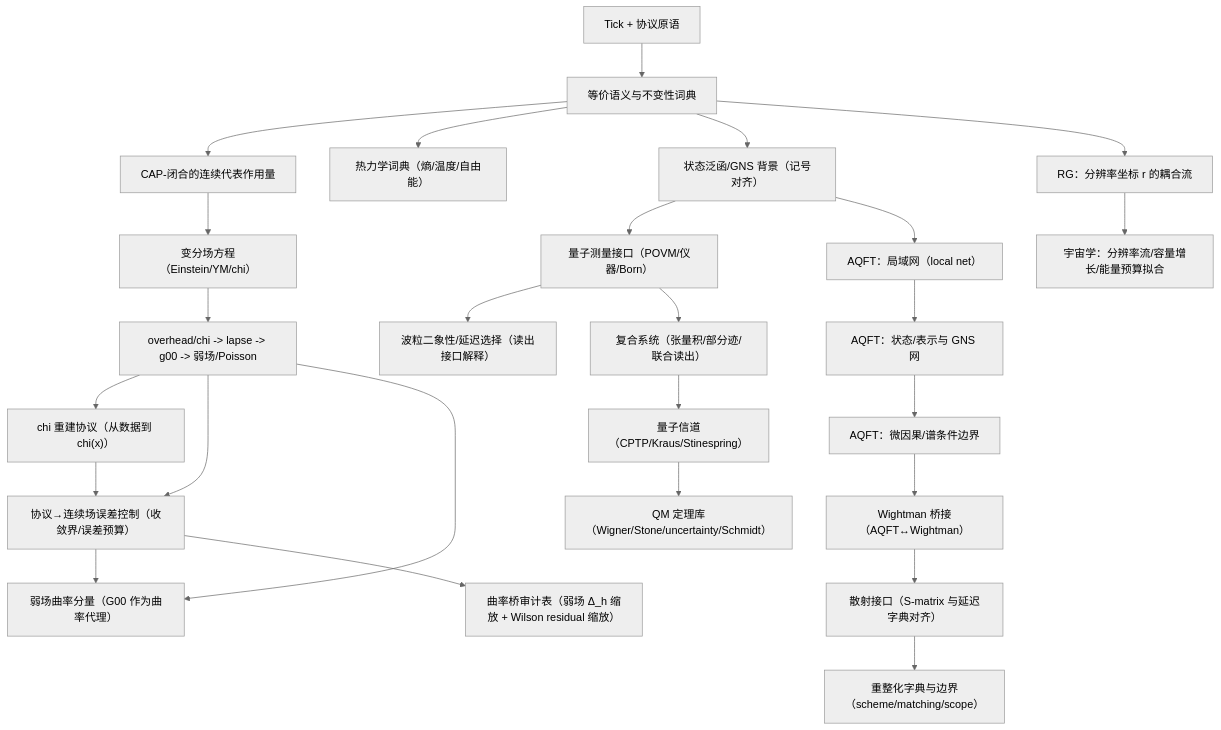
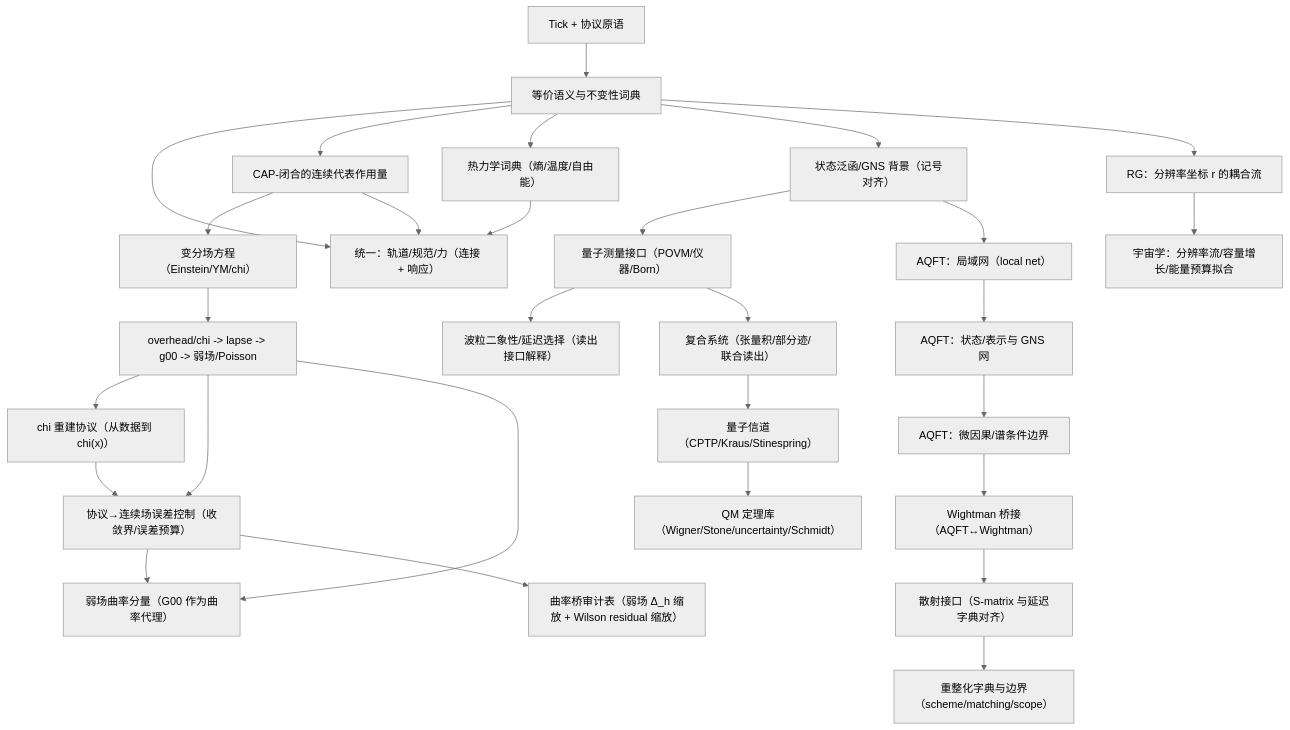
Before and after one commit to loning/the-omega: the diagram in docs/papers/2025_z128_standard_model_stable_sector_hpa_omega/theory_closure_tracker.md, drawn with Mermaid (neutral theme). The commit also changed other lines of this file and 5 other files, not shown here.

First line of the commit message:
Integrate unified orbit-gauge-force framework into documentation and architecture

````diff
--- a/docs/papers/2025_z128_standard_model_stable_sector_hpa_omega/theory_closure_tracker.md
+++ b/docs/papers/2025_z128_standard_model_stable_sector_hpa_omega/theory_closure_tracker.md
@@ -44,28 +44,31 @@
 ```mermaid
 flowchart TD
   A["Tick + 协议原语"] --> B["等价语义与不变性词典"]
+  B --> U["统一：轨道/规范/力（连接 + 响应）"]
   B --> C["CAP-闭合的连续代表作用量"]
   C --> D["变分场方程（Einstein/YM/chi）"]
   B --> E["热力学词典（熵/温度/自由能）"]
+  C --> U
+  E --> U
   D --> F["overhead/chi -> lapse -> g00 -> 弱场/Poisson"]
   F --> G["chi 重建协议（从数据到 chi(x)）"]
   G --> K["协议→连续场误差控制（收敛界/误差预算）"]
   F --> K
   F --> L["弱场曲率分量（G00 作为曲率代理）"]
   K --> L
   K --> T["曲率桥审计表（弱场 Δ_h 缩放 + Wilson residual 缩放）"]
   B --> H0["状态泛函/GNS 背景（记号对齐）"]
   H0 --> H["量子测量接口（POVM/仪器/Born）"]
   H --> H2["波粒二象性/延迟选择（读出接口解释）"]
   H --> H3["复合系统（张量积/部分迹/联合读出）"]
   H3 --> H4["量子信道（CPTP/Kraus/Stinespring）"]
   H4 --> H5["QM 定理库（Wigner/Stone/uncertainty/Schmidt）"]
   H0 --> Q1["AQFT：局域网（local net）"]
   Q1 --> Q2["AQFT：状态/表示与 GNS 网"]
   Q2 --> Q3["AQFT：微因果/谱条件边界"]
   Q3 --> Q4["Wightman 桥接（AQFT↔Wightman）"]
   Q4 --> Q5["散射接口（S-matrix 与延迟字典对齐）"]
   Q5 --> Q6["重整化字典与边界（scheme/matching/scope）"]
   B --> I["RG：分辨率坐标 r 的耦合流"]
   I --> J["宇宙学：分辨率流/容量增长/能量预算拟合"]
 ```
````
